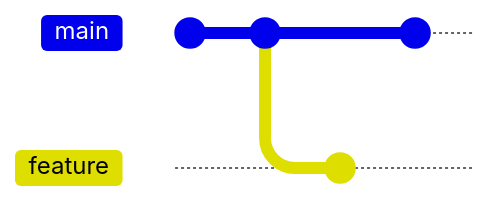
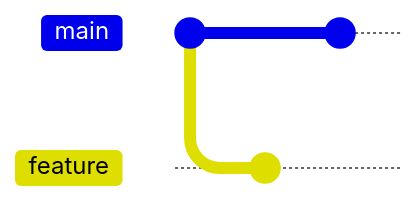
The second of 9 diagrams in README.md (quattervals/ebc_instructions), drawn with Mermaid before and after one commit. The commit also changed other lines of this file and 2 other files, not shown here. Commit ids are hidden.

````diff
--- a/README.md
+++ b/README.md
@@ -212,9 +223,8 @@
 ```mermaid
 gitGraph
-  commit
   commit
   branch feature
   commit id: "Add Principle 2"
   checkout main
   commit id: "Add agile_principles.md"
 ```
````
